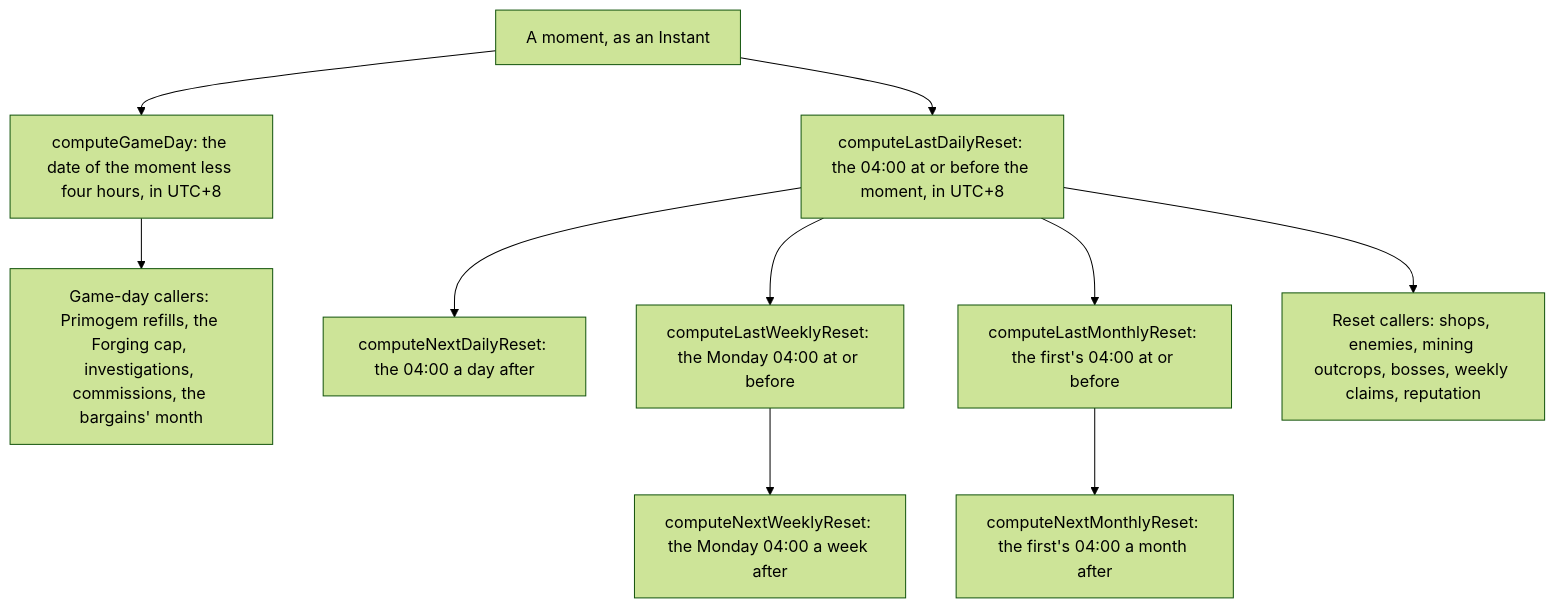
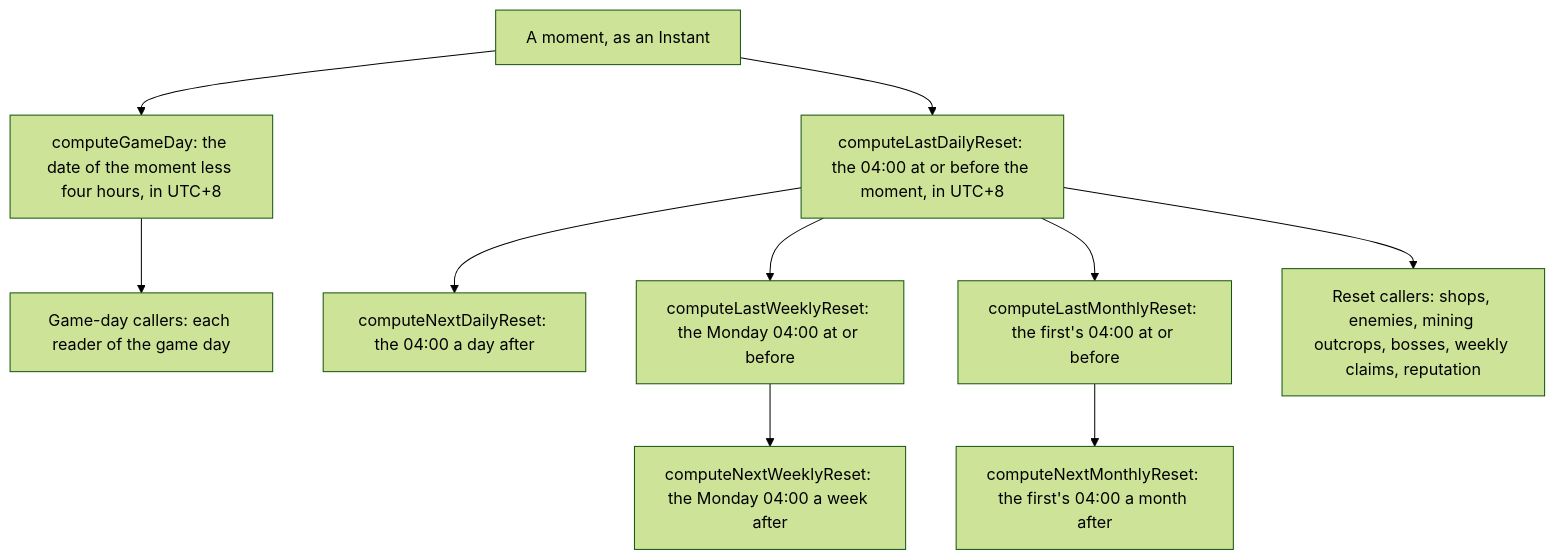
The diagram in openspec/specs/genshin/reset-clock/design.md (Esposter/Esposter), drawn with Mermaid (forest theme) before and after one commit. The commit also changed 6 other files, not shown here.

First line of the commit message:
docs(openspec): the diagram labels name a procedure and one qualifier

````diff
--- a/openspec/specs/genshin/reset-clock/design.md
+++ b/openspec/specs/genshin/reset-clock/design.md
@@ -7,12 +7,12 @@
 ```mermaid
 flowchart TD
   T["A moment, as an Instant"] --> GD["computeGameDay: the date of the moment less four hours, in UTC+8"]
   T --> LD["computeLastDailyReset: the 04:00 at or before the moment, in UTC+8"]
   LD --> ND["computeNextDailyReset: the 04:00 a day after"]
   LD --> LW["computeLastWeeklyReset: the Monday 04:00 at or before"]
   LW --> NW["computeNextWeeklyReset: the Monday 04:00 a week after"]
   LD --> LM["computeLastMonthlyReset: the first's 04:00 at or before"]
   LM --> NM["computeNextMonthlyReset: the first's 04:00 a month after"]
-  GD --> G["Game-day callers: Primogem refills, the Forging cap, investigations, commissions, the bargains' month"]
+  GD --> G["Game-day callers: each reader of the game day"]
   LD --> D["Reset callers: shops, enemies, mining outcrops, bosses, weekly claims, reputation"]
 ```
````
